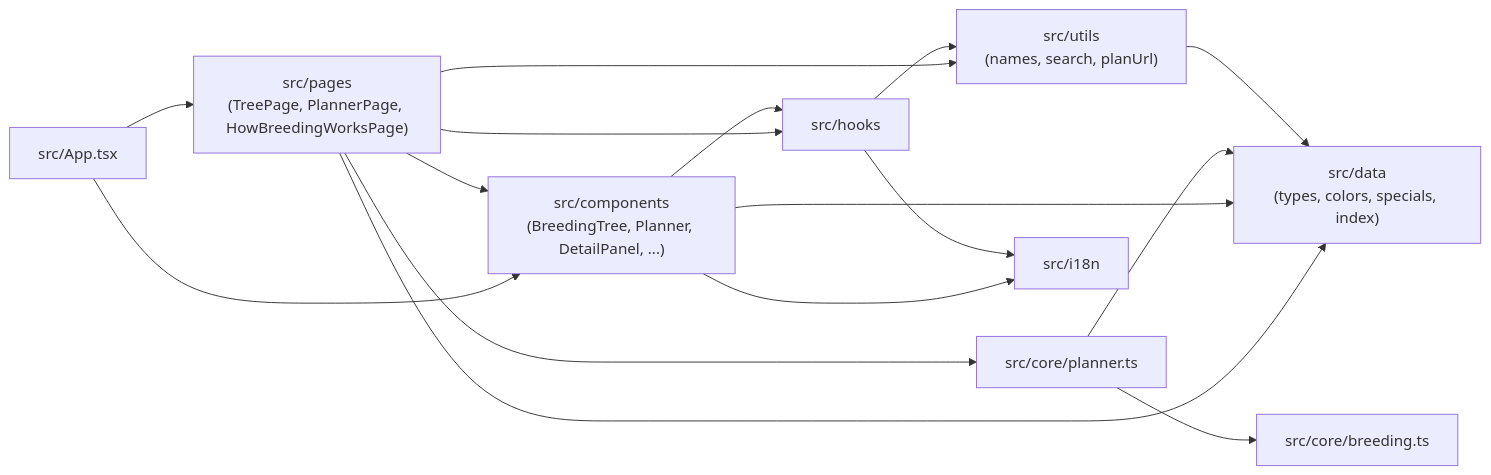
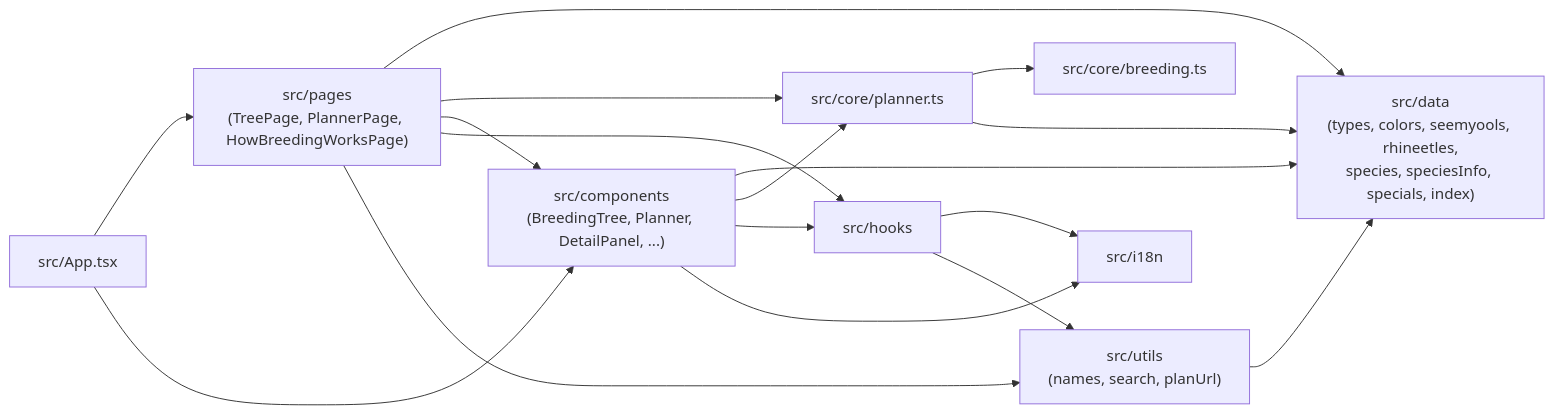
The first of 3 diagrams in docs/ARCHITECTURE.md (Radishoux/dragoarbre), drawn with Mermaid before and after one commit. The commit also changed other lines of this file and 23 other files, not shown here.

First line of the commit message:
feat(phase-3): multi-recipe planner, species-aware UI, and the docs pass

````diff
--- a/docs/ARCHITECTURE.md
+++ b/docs/ARCHITECTURE.md
@@ -59,28 +65,29 @@
 ```mermaid
 graph LR
-  data["src/data<br/>(types, colors, specials, index)"]
+  data["src/data<br/>(types, colors, seemyools, rhineetles,<br/>species, speciesInfo, specials, index)"]
   breeding["src/core/breeding.ts"]
   planner["src/core/planner.ts"]
   utils["src/utils<br/>(names, search, planUrl)"]
   hooks["src/hooks"]
   i18n["src/i18n"]
   components["src/components<br/>(BreedingTree, Planner, DetailPanel, ...)"]
   pages["src/pages<br/>(TreePage, PlannerPage, HowBreedingWorksPage)"]
   app["src/App.tsx"]
 
   utils --> data
   hooks --> i18n
   hooks --> utils
   planner --> breeding
   planner --> data
   components --> data
+  components --> planner
   components --> hooks
   components --> i18n
   pages --> data
   pages --> planner
   pages --> components
   pages --> hooks
   pages --> utils
   app --> pages
   app --> components
 ```
````
